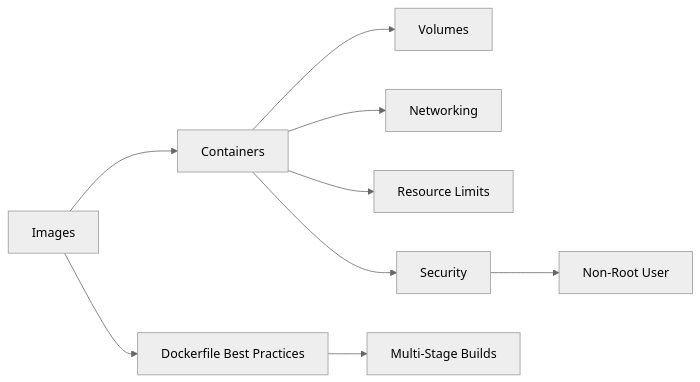
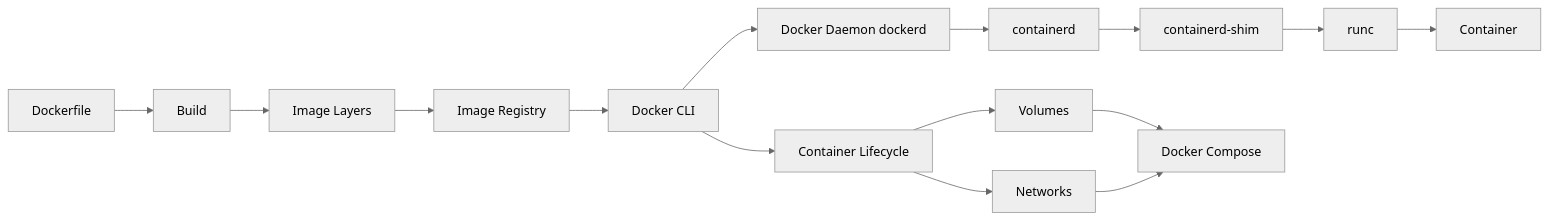
The first of 3 diagrams in docs/courses/devops/05-docker.md (Raushan666java/ai-engineering-journey), drawn with Mermaid (neutral theme) before and after one commit. The commit also changed other lines of this file and 62 other files, not shown here.

````diff
--- a/docs/courses/devops/05-docker.md
+++ b/docs/courses/devops/05-docker.md
@@ -30,11 +34,16 @@
 ```mermaid
 flowchart LR
-    A[Images] --> B[Containers]
-    A --> C[Dockerfile Best Practices]
-    B --> D[Volumes]
-    B --> E[Networking]
-    B --> F[Resource Limits]
-    B --> G[Security]
-    C --> H[Multi-Stage Builds]
-    G --> I[Non-Root User]
+    A[Docker CLI] --> B[Docker Daemon dockerd]
+    B --> C[containerd]
+    C --> D[containerd-shim]
+    D --> E[runc]
+    E --> F[Container]
+    G[Dockerfile] --> H[Build]
+    H --> I[Image Layers]
+    I --> J[Image Registry]
+    J --> A
+    A --> K[Container Lifecycle]
+    K --> L[Volumes]
+    K --> M[Networks]
+    L & M --> N[Docker Compose]
 ```
````
